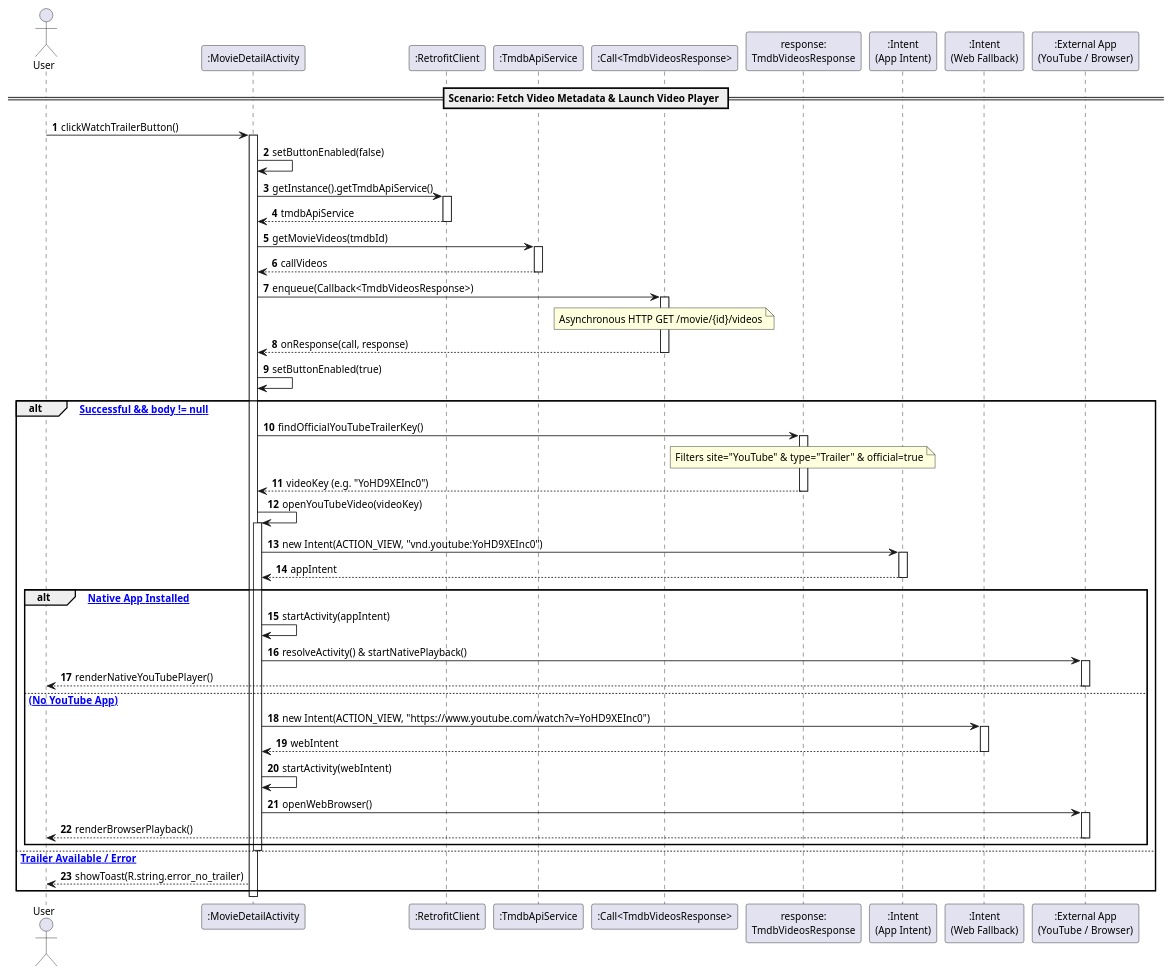
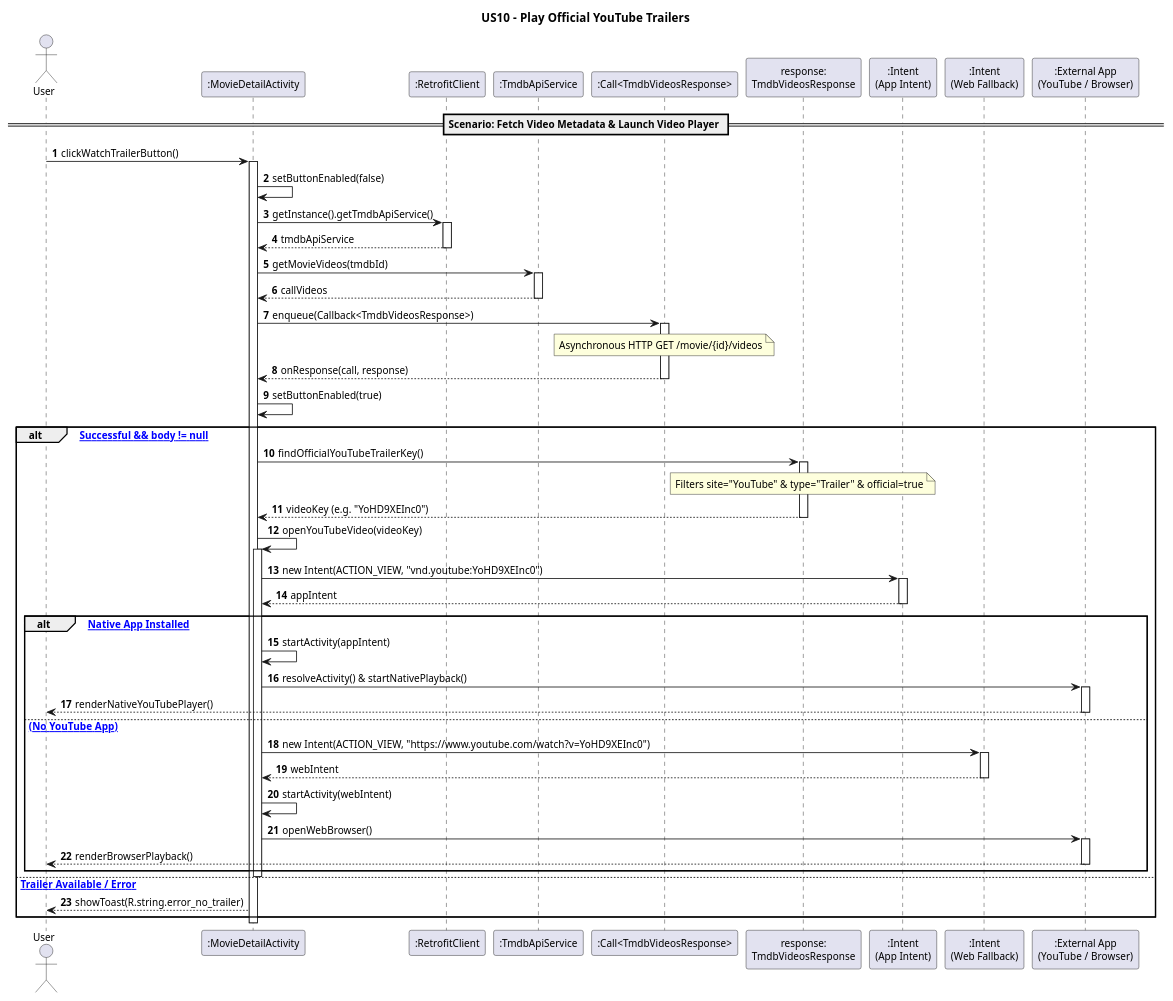
Before and after one commit to Andre-1240567/DSSMV_ProjectDroid_1240567_1241013: the diagram in docs/Use Cases/US10/puml/sd_us10_trailers.puml, drawn with PlantUML. The commit also changed 62 other files, not shown here.

Commit message:
docs: add standard 'USX - (Functionality)' titles to all sequence diagrams

```diff
--- a/docs/Use Cases/US10/puml/sd_us10_trailers.puml
+++ b/docs/Use Cases/US10/puml/sd_us10_trailers.puml
@@ -1,84 +1,86 @@
 @startuml
 skinparam monochrome false
 skinparam shadowing false
 skinparam defaultFontName "Helvetica, Arial, sans-serif"
 skinparam defaultFontSize 12
+
+title US10 - Play Official YouTube Trailers
 
 actor "User" as User
 participant ":MovieDetailActivity" as Activity
 participant ":RetrofitClient" as Retrofit
 participant ":TmdbApiService" as TmdbApi
 participant ":Call<TmdbVideosResponse>" as CallVideos
 participant "response:\nTmdbVideosResponse" as ResponseBody
 participant ":Intent\n(App Intent)" as AppIntent
 participant ":Intent\n(Web Fallback)" as WebIntent
 participant ":External App\n(YouTube / Browser)" as TargetApp
 
 autonumber
 
 == Scenario: Fetch Video Metadata & Launch Video Player ==
 
 User -> Activity : clickWatchTrailerButton()
 activate Activity
 
 Activity -> Activity : setButtonEnabled(false)
 
 Activity -> Retrofit : getInstance().getTmdbApiService()
 activate Retrofit
 Retrofit --> Activity : tmdbApiService
 deactivate Retrofit
 
 Activity -> TmdbApi : getMovieVideos(tmdbId)
 activate TmdbApi
 TmdbApi --> Activity : callVideos
 deactivate TmdbApi
 
 Activity -> CallVideos : enqueue(Callback<TmdbVideosResponse>)
 activate CallVideos
 
 note over CallVideos: Asynchronous HTTP GET /movie/{id}/videos
 CallVideos --> Activity : onResponse(call, response)
 deactivate CallVideos
 
 Activity -> Activity : setButtonEnabled(true)
 
 alt [Response Successful && body != null]
     Activity -> ResponseBody : findOfficialYouTubeTrailerKey()
     activate ResponseBody
     note over ResponseBody: Filters site="YouTube" & type="Trailer" & official=true
     ResponseBody --> Activity : videoKey (e.g. "YoHD9XEInc0")
     deactivate ResponseBody
     
     Activity -> Activity : openYouTubeVideo(videoKey)
     activate Activity
     
     Activity -> AppIntent : new Intent(ACTION_VIEW, "vnd.youtube:YoHD9XEInc0")
     activate AppIntent
     AppIntent --> Activity : appIntent
     deactivate AppIntent
     
     alt [YouTube Native App Installed]
         Activity -> Activity : startActivity(appIntent)
         Activity -> TargetApp : resolveActivity() & startNativePlayback()
         activate TargetApp
         TargetApp --> User : renderNativeYouTubePlayer()
         deactivate TargetApp
     else [ActivityNotFoundException (No YouTube App)]
         Activity -> WebIntent : new Intent(ACTION_VIEW, "https://www.youtube.com/watch?v=YoHD9XEInc0")
         activate WebIntent
         WebIntent --> Activity : webIntent
         deactivate WebIntent
         Activity -> Activity : startActivity(webIntent)
         Activity -> TargetApp : openWebBrowser()
         activate TargetApp
         TargetApp --> User : renderBrowserPlayback()
         deactivate TargetApp
     end
     deactivate Activity
 else [No Trailer Available / Error]
     Activity --> User : showToast(R.string.error_no_trailer)
 end
 
 deactivate Activity
 
 @enduml
```
